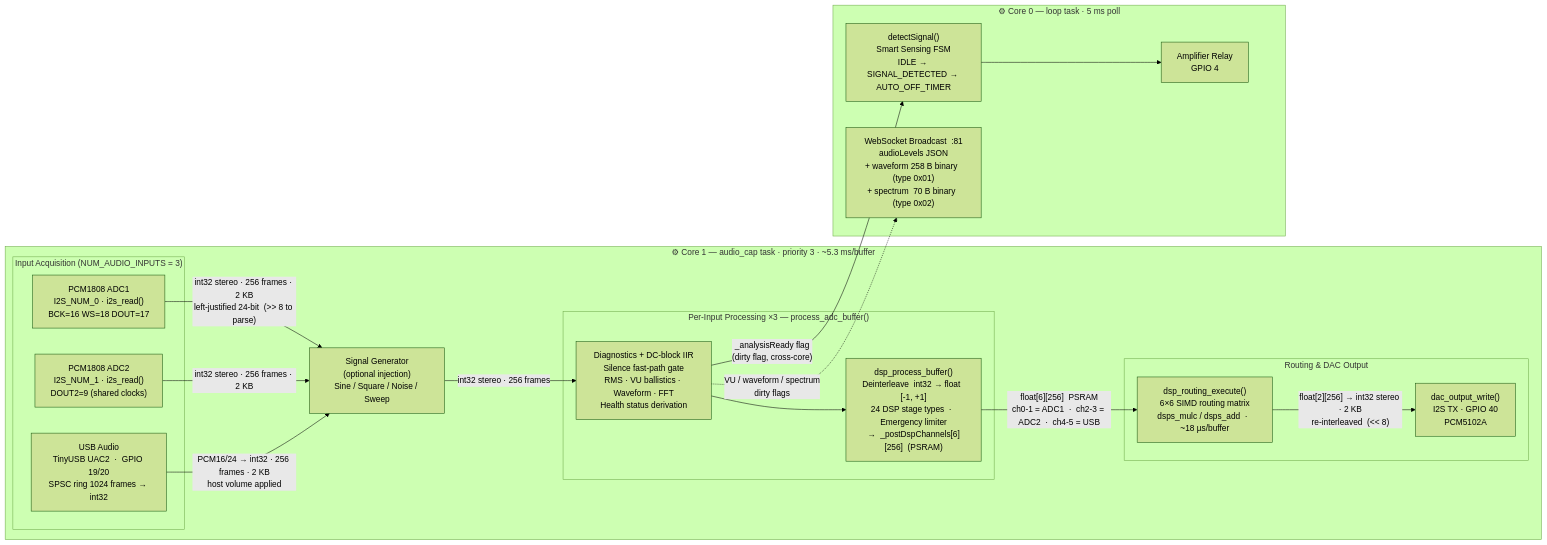
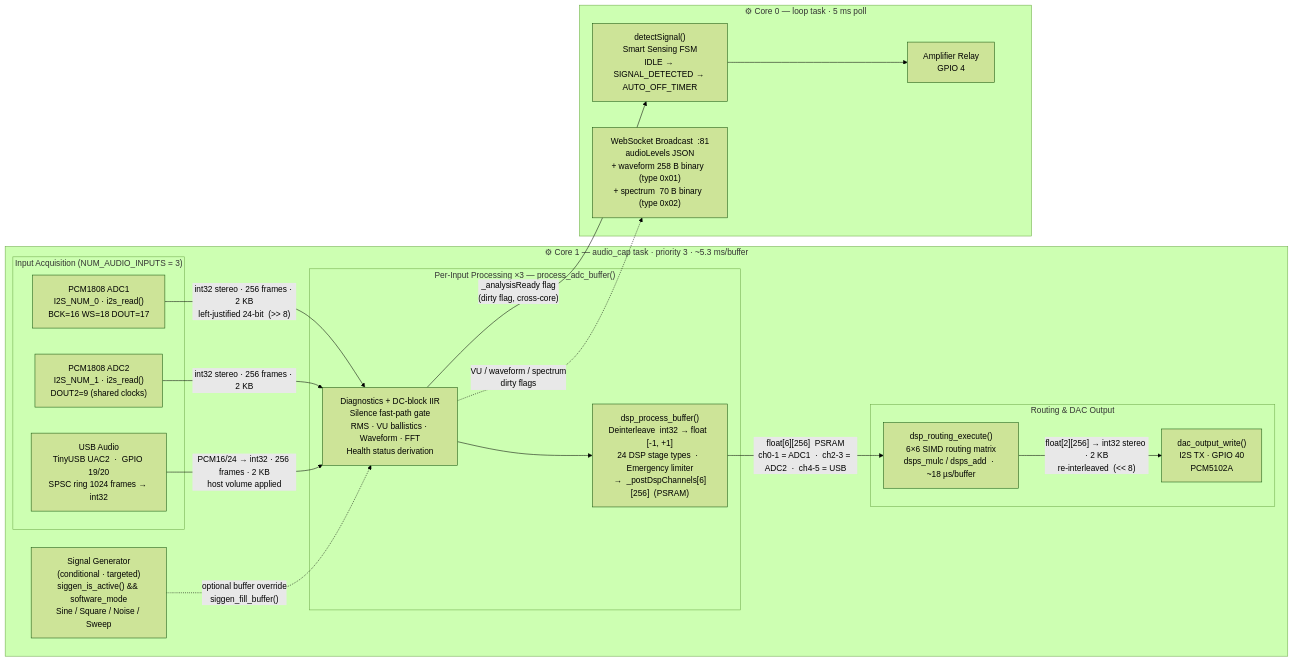
Before and after one commit to Schmackos/ALX_Nova_Controller_2: the diagram in docs/flowcharts/audio_pipeline.md, drawn with Mermaid (forest theme). The commit also changed 1 other file, not shown here.

Commit message:
docs: fix signal generator placement in audio pipeline diagram
Show signal generator as conditional dashed side-injection into
per-input processing instead of a serial stage in the main data path.

````diff
--- a/docs/flowcharts/audio_pipeline.md
+++ b/docs/flowcharts/audio_pipeline.md
@@ -3,39 +3,39 @@
 ```mermaid
 graph LR
     subgraph CORE1["⚙ Core 1 — audio_cap task  ·  priority 3  ·  ~5.3 ms/buffer"]
         subgraph INPUTS["Input Acquisition  (NUM_AUDIO_INPUTS = 3)"]
             A1["PCM1808 ADC1\nI2S_NUM_0  ·  i2s_read()\nBCK=16 WS=18 DOUT=17"]
             A2["PCM1808 ADC2\nI2S_NUM_1  ·  i2s_read()\nDOUT2=9  (shared clocks)"]
             UA["USB Audio\nTinyUSB UAC2  ·  GPIO 19/20\nSPSC ring 1024 frames → int32"]
         end
 
-        SG["Signal Generator\n(optional injection)\nSine / Square / Noise / Sweep"]
+        SG["Signal Generator\n(conditional · targeted)\nsiggen_is_active() && software_mode\nSine / Square / Noise / Sweep"]
 
         subgraph PERINPUT["Per-Input Processing  ×3  —  process_adc_buffer()"]
             PB["Diagnostics + DC-block IIR\nSilence fast-path gate\nRMS · VU ballistics · Waveform · FFT\nHealth status derivation"]
             DP["dsp_process_buffer()\nDeinterleave  int32 → float  [-1, +1]\n24 DSP stage types  ·  Emergency limiter\n→  _postDspChannels[6][256]  (PSRAM)"]
         end
 
         subgraph ROUTE["Routing & DAC Output"]
             RT["dsp_routing_execute()\n6×6 SIMD routing matrix\ndsps_mulc / dsps_add  ·  ~18 µs/buffer"]
             DW["dac_output_write()\nI2S TX  ·  GPIO 40\nPCM5102A"]
         end
     end
 
     subgraph CORE0["⚙ Core 0 — loop task  ·  5 ms poll"]
         SS["detectSignal()\nSmart Sensing FSM\nIDLE → SIGNAL_DETECTED → AUTO_OFF_TIMER"]
         AR["Amplifier Relay\nGPIO 4"]
         WB["WebSocket Broadcast  :81\naudioLevels JSON\n+ waveform 258 B binary  (type 0x01)\n+ spectrum  70 B binary  (type 0x02)"]
     end
 
-    A1 -->|"int32 stereo · 256 frames · 2 KB\nleft-justified 24-bit  (>> 8 to parse)"| SG
-    A2 -->|"int32 stereo · 256 frames · 2 KB"| SG
-    UA -->|"PCM16/24 → int32 · 256 frames · 2 KB\nhost volume applied"| SG
-    SG -->|"int32 stereo · 256 frames"| PB
+    A1 -->|"int32 stereo · 256 frames · 2 KB\nleft-justified 24-bit  (>> 8)"| PB
+    A2 -->|"int32 stereo · 256 frames · 2 KB"| PB
+    UA -->|"PCM16/24 → int32 · 256 frames · 2 KB\nhost volume applied"| PB
+    SG -.->|"optional buffer override\nsiggen_fill_buffer()"| PB
     PB --> DP
     DP -->|"float[6][256]  PSRAM\nch0-1 = ADC1  ·  ch2-3 = ADC2  ·  ch4-5 = USB"| RT
     RT -->|"float[2][256] → int32 stereo · 2 KB\nre-interleaved  (<< 8)"| DW
     PB -->|"_analysisReady flag\n(dirty flag, cross-core)"| SS
     PB -.->|"VU / waveform / spectrum\ndirty flags"| WB
     SS --> AR
 ```
````
